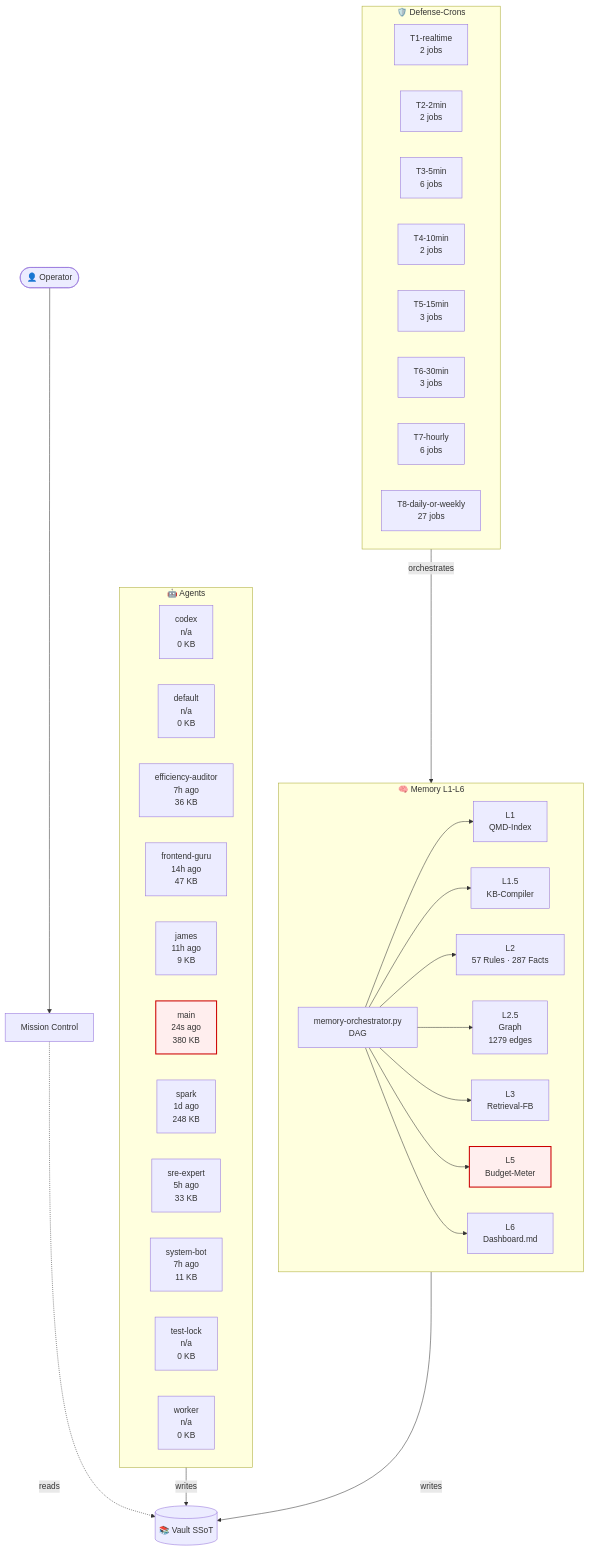
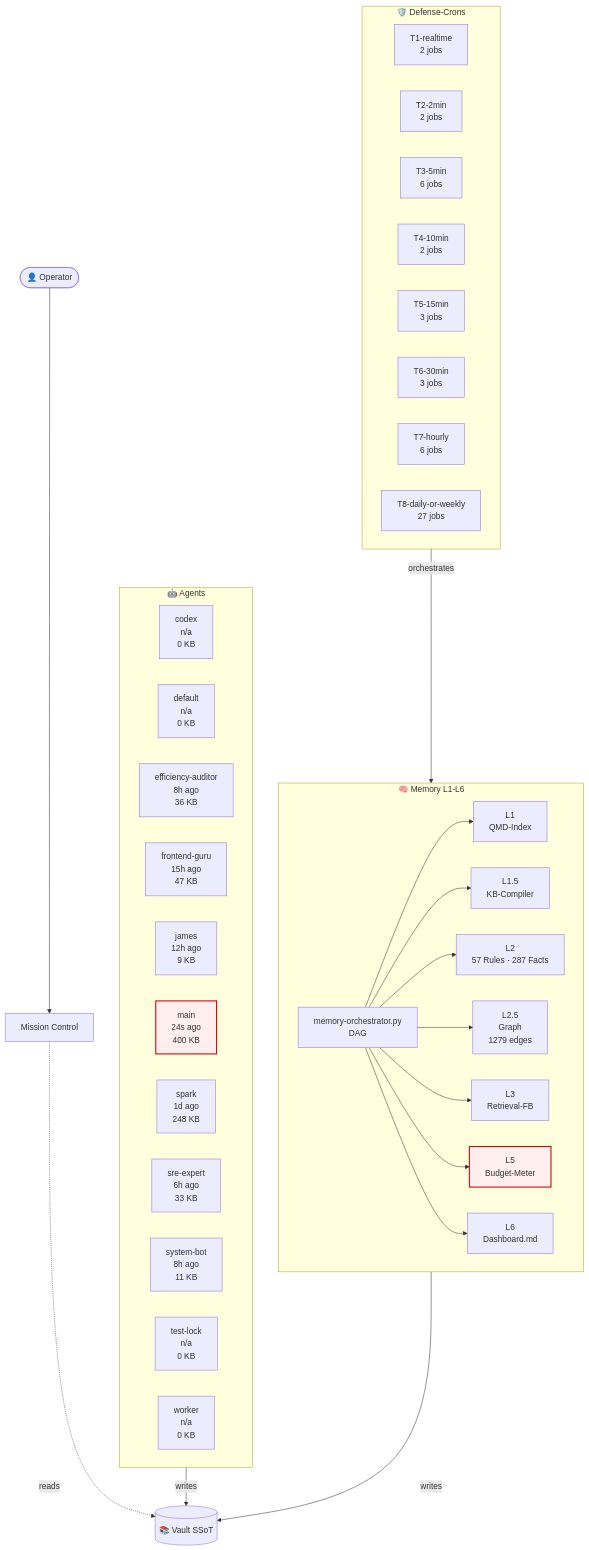
One commit to lenardhuebner88-rgb/openclaw-memory changed the diagram in 03-Agents/architecture-live.md. Above: the diagram before and after it, drawn with Mermaid. The commit also changed other lines of this file and 1 other file, not shown here.

````diff
--- a/03-Agents/architecture-live.md
+++ b/03-Agents/architecture-live.md
@@ -18,54 +18,54 @@
 ```mermaid
 flowchart TB
     classDef critical fill:#fee,stroke:#c00,stroke-width:2px;
     subgraph AGT["🤖 Agents"]
         agent_codex["codex<br/>n/a<br/>0 KB"]
         agent_default["default<br/>n/a<br/>0 KB"]
-        agent_efficiency_auditor["efficiency-auditor<br/>7h ago<br/>36 KB"]
-        agent_frontend_guru["frontend-guru<br/>14h ago<br/>47 KB"]
-        agent_james["james<br/>11h ago<br/>9 KB"]
-        agent_main["main<br/>24s ago<br/>380 KB"]
+        agent_efficiency_auditor["efficiency-auditor<br/>8h ago<br/>36 KB"]
+        agent_frontend_guru["frontend-guru<br/>15h ago<br/>47 KB"]
+        agent_james["james<br/>12h ago<br/>9 KB"]
+        agent_main["main<br/>24s ago<br/>400 KB"]
         agent_spark["spark<br/>1d ago<br/>248 KB"]
-        agent_sre_expert["sre-expert<br/>5h ago<br/>33 KB"]
-        agent_system_bot["system-bot<br/>7h ago<br/>11 KB"]
+        agent_sre_expert["sre-expert<br/>6h ago<br/>33 KB"]
+        agent_system_bot["system-bot<br/>8h ago<br/>11 KB"]
         agent_test_lock["test-lock<br/>n/a<br/>0 KB"]
         agent_worker["worker<br/>n/a<br/>0 KB"]
     end
     subgraph MEM["🧠 Memory L1-L6"]
         L1["L1<br/>QMD-Index"]
         L15["L1.5<br/>KB-Compiler"]
         L2["L2<br/>57 Rules · 287 Facts"]
         L25["L2.5<br/>Graph<br/>1279 edges"]
         L3["L3<br/>Retrieval-FB"]
         L5["L5<br/>Budget-Meter"]
         L6["L6<br/>Dashboard.md"]
         ORCH["memory-orchestrator.py<br/>DAG"]
     end
     subgraph CRN["🛡️ Defense-Crons"]
         tier_T1_realtime["T1-realtime<br/>2 jobs"]
         tier_T2_2min["T2-2min<br/>2 jobs"]
         tier_T3_5min["T3-5min<br/>6 jobs"]
         tier_T4_10min["T4-10min<br/>2 jobs"]
         tier_T5_15min["T5-15min<br/>3 jobs"]
         tier_T6_30min["T6-30min<br/>3 jobs"]
         tier_T7_hourly["T7-hourly<br/>6 jobs"]
         tier_T8_daily_or_weekly["T8-daily-or-weekly<br/>27 jobs"]
     end
     VAULT[("📚 Vault SSoT")]
     OP([👤 Operator])
     MC["Mission Control"]
     OP --> MC
     MC -.reads.-> VAULT
     AGT -->|writes| VAULT
     MEM -->|writes| VAULT
     ORCH --> L1
     ORCH --> L15
     ORCH --> L2
     ORCH --> L25
     ORCH --> L3
     ORCH --> L5
     ORCH --> L6
     CRN -->|orchestrates| MEM
     class L5 critical
     class agent_main critical
 ```
````
